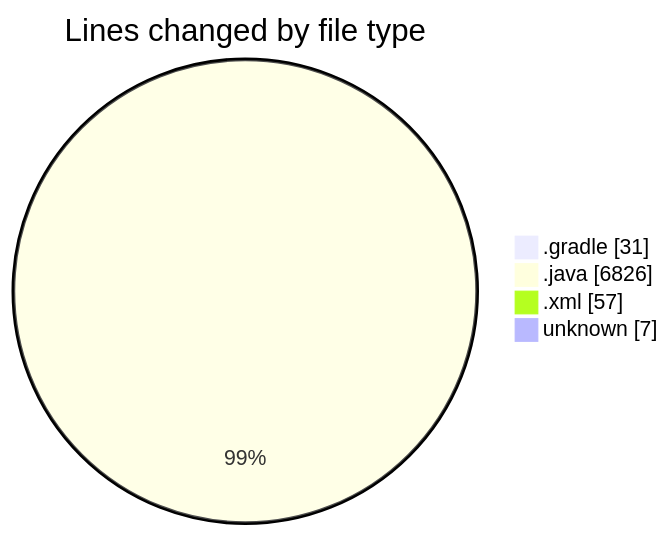
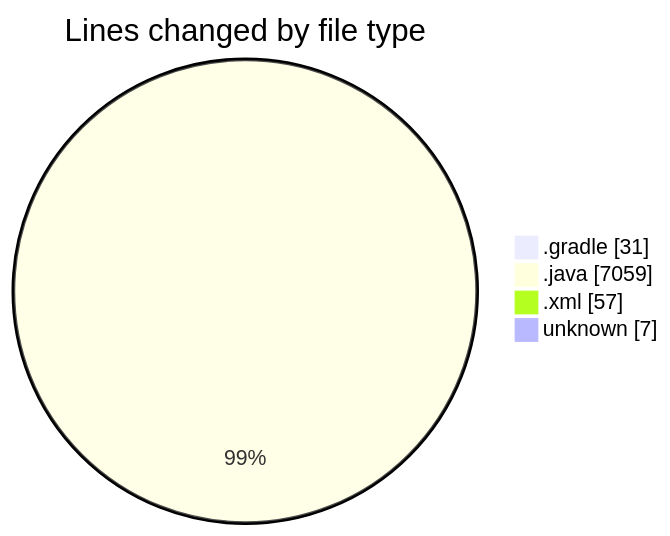
One commit to charlie-sans/code-tracking changed the first of 2 diagrams in 2025-02-21/micros/README.md. Above: the diagram before and after it, drawn with Mermaid. The commit also changed other lines of this file and 1 other file, not shown here.

````diff
--- a/2025-02-21/micros/README.md
+++ b/2025-02-21/micros/README.md
@@ -47,8 +49,8 @@
 ```mermaid
 pie showData
 title Lines changed by file type
 ".gradle" : 31
-".java" : 6826
+".java" : 7059
 ".xml" : 57
 "unknown" : 7
 ```
````
